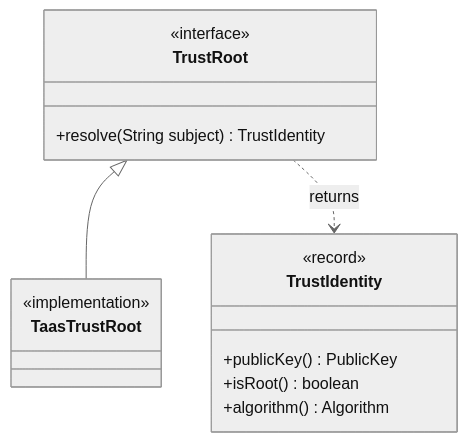
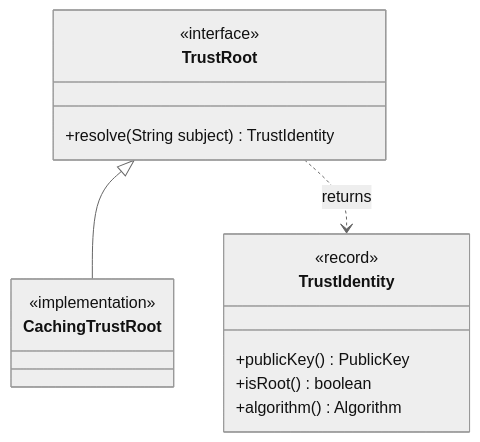
One commit to cyfko/veridot changed the diagram in docs/docs/guides/trustroot-setup.md. Above: the diagram before and after it, drawn with Mermaid (neutral theme). The commit also changed other lines of this file and 31 other files, not shown here.

Commit message:
docs: align documentation with Veridot V5 Zero-Trust architecture

````diff
--- a/docs/docs/guides/trustroot-setup.md
+++ b/docs/docs/guides/trustroot-setup.md
@@ -17,18 +17,18 @@
 ```mermaid
 classDiagram
     class TrustRoot {
         <<interface>>
         +resolve(String subject) TrustIdentity
     }
-    class TaasTrustRoot {
+    class CachingTrustRoot {
         <<implementation>>
     }
     class TrustIdentity {
         <<record>>
         +publicKey() PublicKey
         +isRoot() boolean
         +algorithm() Algorithm
     }
-    TrustRoot <|-- TaasTrustRoot
+    TrustRoot <|-- CachingTrustRoot
     TrustRoot ..> TrustIdentity : returns
 ```
````
